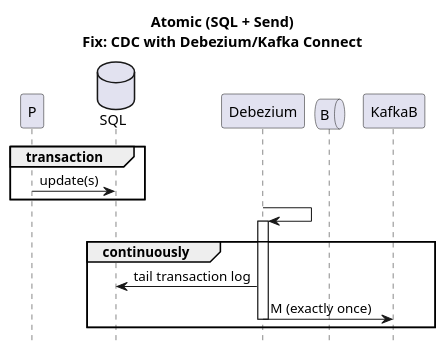
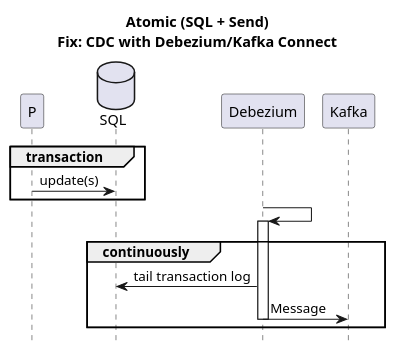
One commit to victorrentea/kafka changed the diagram in patterns/5_dual_sql_m_[fix]kafka_cdc.puml. Above: the diagram before and after it, drawn with PlantUML. The commit also changed 43 other files, not shown here.

```diff
--- a/patterns/5_dual_sql_m_[fix]kafka_cdc.puml
+++ b/patterns/5_dual_sql_m_[fix]kafka_cdc.puml
@@ -1,20 +1,19 @@
 @startuml
 title Atomic (SQL + Send)\nFix: CDC with Debezium/Kafka Connect
 hide footbox
 participant P
 database SQL
 participant Debezium
-queue B
 
 group transaction
     P->SQL: update(s)
 end
 
 Debezium->Debezium++:
 group continuously
 SQL<-Debezium:tail transaction log
-Debezium->KafkaB:M (exactly once)
+Debezium->Kafka:Message
 Debezium--
 end
 
 @enduml
```
